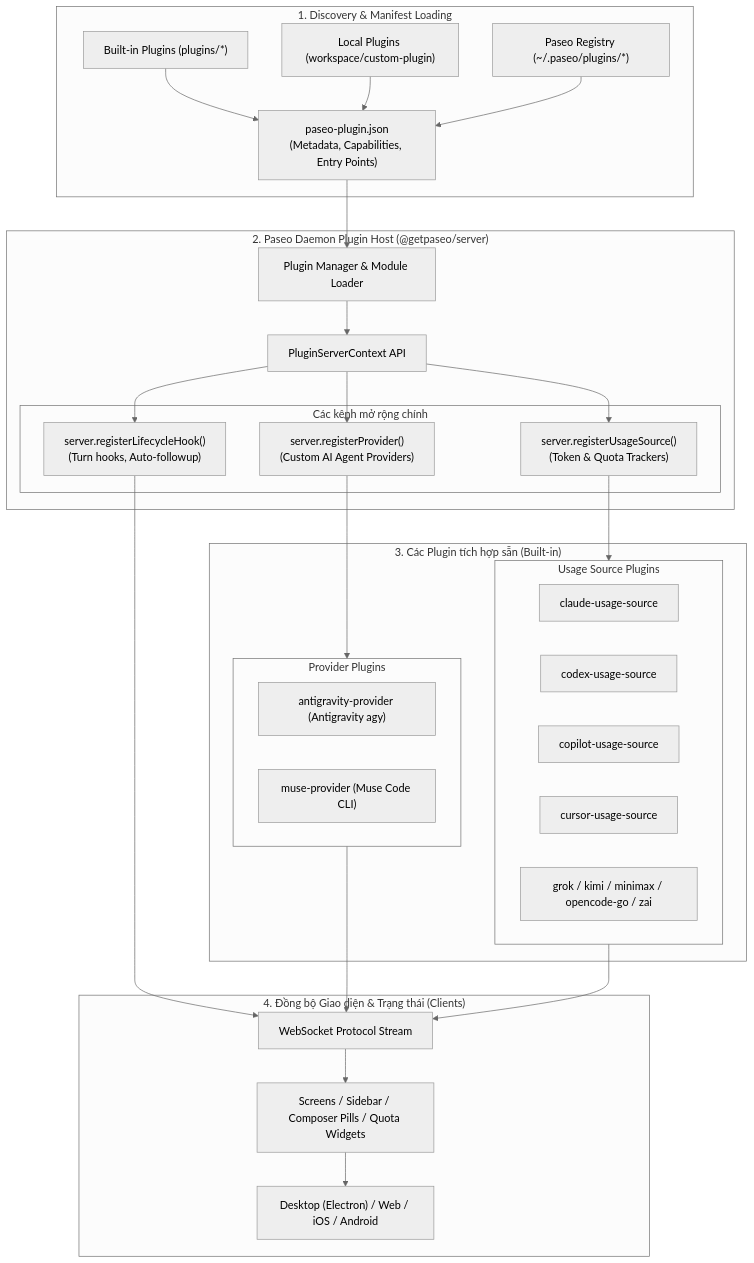
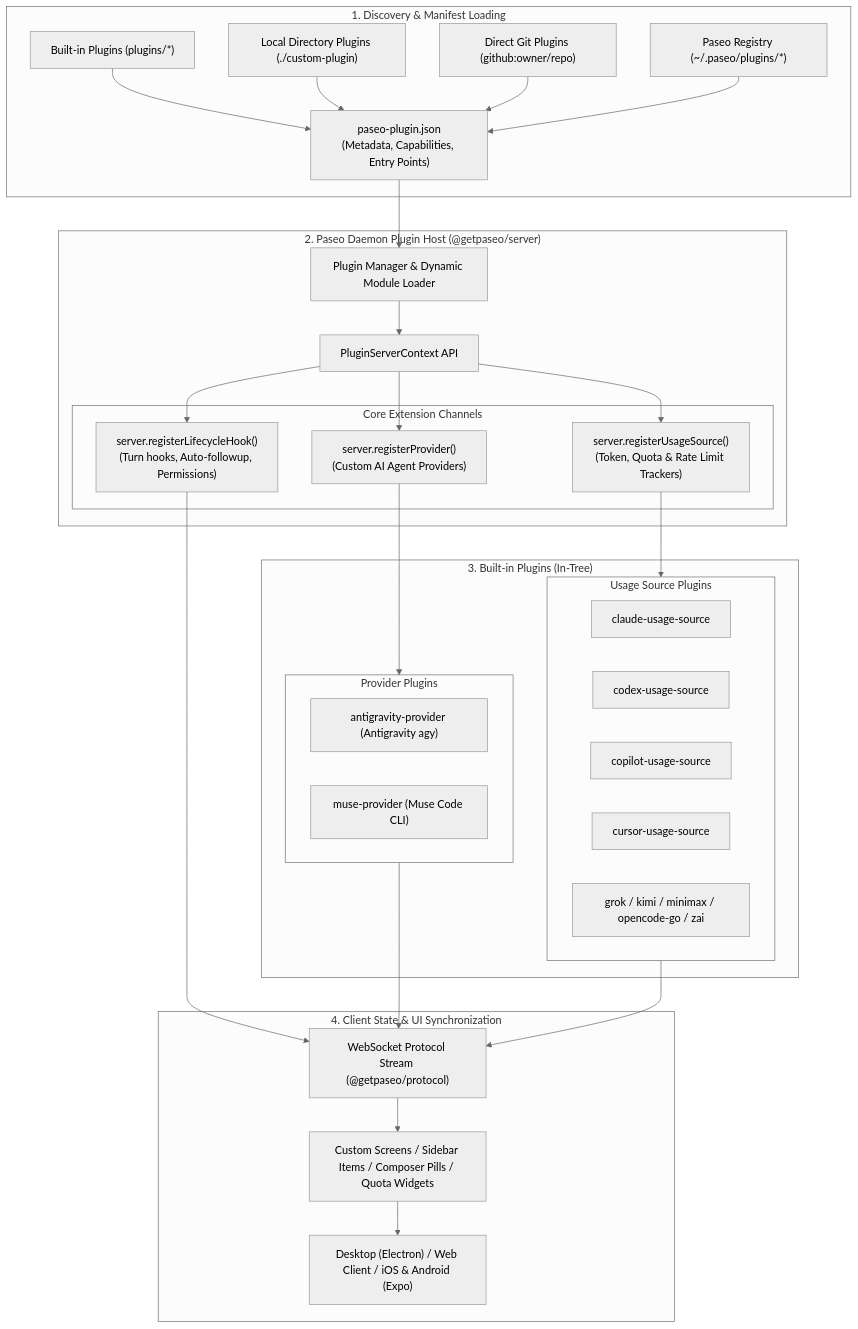
One commit to luongndcoder/paseo changed the first of 3 diagrams in plugins/README.md. Above: the diagram before and after it, drawn with Mermaid (neutral theme). The commit also changed other lines of this file and 2 other files, not shown here.

Commit message:
docs: translate plugin and architecture documentation to English and add registry publishing guide

````diff
--- a/plugins/README.md
+++ b/plugins/README.md
@@ -11,59 +11,61 @@
 ```mermaid
 flowchart TD
     subgraph Discovery["1. Discovery & Manifest Loading"]
         Builtin["Built-in Plugins (plugins/*)"]
-        Local["Local Plugins (workspace/custom-plugin)"]
+        Local["Local Directory Plugins (./custom-plugin)"]
+        GitRemote["Direct Git Plugins (github:owner/repo)"]
         Registry["Paseo Registry (~/.paseo/plugins/*)"]
         Manifest["paseo-plugin.json<br/>(Metadata, Capabilities, Entry Points)"]
     end
 
     subgraph HostRuntime["2. Paseo Daemon Plugin Host (@getpaseo/server)"]
-        PluginMgr["Plugin Manager & Module Loader"]
+        PluginMgr["Plugin Manager & Dynamic Module Loader"]
         ServerCtx["PluginServerContext API"]
 
-        subgraph Registrations["Các kênh mở rộng chính"]
+        subgraph Registrations["Core Extension Channels"]
             ProviderReg["server.registerProvider()<br/>(Custom AI Agent Providers)"]
-            UsageReg["server.registerUsageSource()<br/>(Token & Quota Trackers)"]
-            LifecycleReg["server.registerLifecycleHook()<br/>(Turn hooks, Auto-followup)"]
+            UsageReg["server.registerUsageSource()<br/>(Token, Quota & Rate Limit Trackers)"]
+            LifecycleReg["server.registerLifecycleHook()<br/>(Turn hooks, Auto-followup, Permissions)"]
         end
     end
 
-    subgraph BuiltinInstances["3. Các Plugin tích hợp sẵn (Built-in)"]
+    subgraph BuiltinInstances["3. Built-in Plugins (In-Tree)"]
         subgraph Providers["Provider Plugins"]
             P_AGY["antigravity-provider (Antigravity agy)"]
             P_MUSE["muse-provider (Muse Code CLI)"]
         end
 
         subgraph UsageSources["Usage Source Plugins"]
             U_Claude["claude-usage-source"]
             U_Codex["codex-usage-source"]
             U_Copilot["copilot-usage-source"]
             U_Cursor["cursor-usage-source"]
             U_Others["grok / kimi / minimax / opencode-go / zai"]
         end
     end
 
-    subgraph ClientsSync["4. Đồng bộ Giao diện & Trạng thái (Clients)"]
-        WS["WebSocket Protocol Stream"]
-        UIElements["Screens / Sidebar / Composer Pills / Quota Widgets"]
-        AppClients["Desktop (Electron) / Web / iOS / Android"]
+    subgraph ClientsSync["4. Client State & UI Synchronization"]
+        WS["WebSocket Protocol Stream (@getpaseo/protocol)"]
+        UIElements["Custom Screens / Sidebar Items / Composer Pills / Quota Widgets"]
+        AppClients["Desktop (Electron) / Web Client / iOS & Android (Expo)"]
     end
 
     Builtin --> Manifest
     Local --> Manifest
+    GitRemote --> Manifest
     Registry --> Manifest
     Manifest --> PluginMgr
     PluginMgr --> ServerCtx
     ServerCtx --> ProviderReg
     ServerCtx --> UsageReg
     ServerCtx --> LifecycleReg
 
     ProviderReg --> Providers
     UsageReg --> UsageSources
 
     Providers --> WS
     UsageSources --> WS
     LifecycleReg --> WS
     WS --> UIElements
     UIElements --> AppClients
 ```
````
